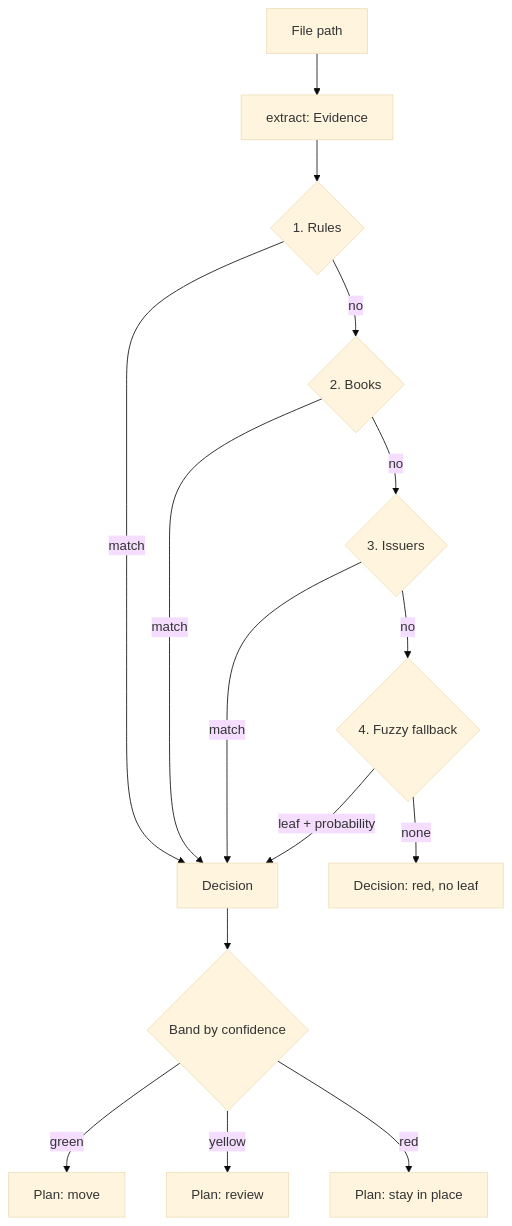
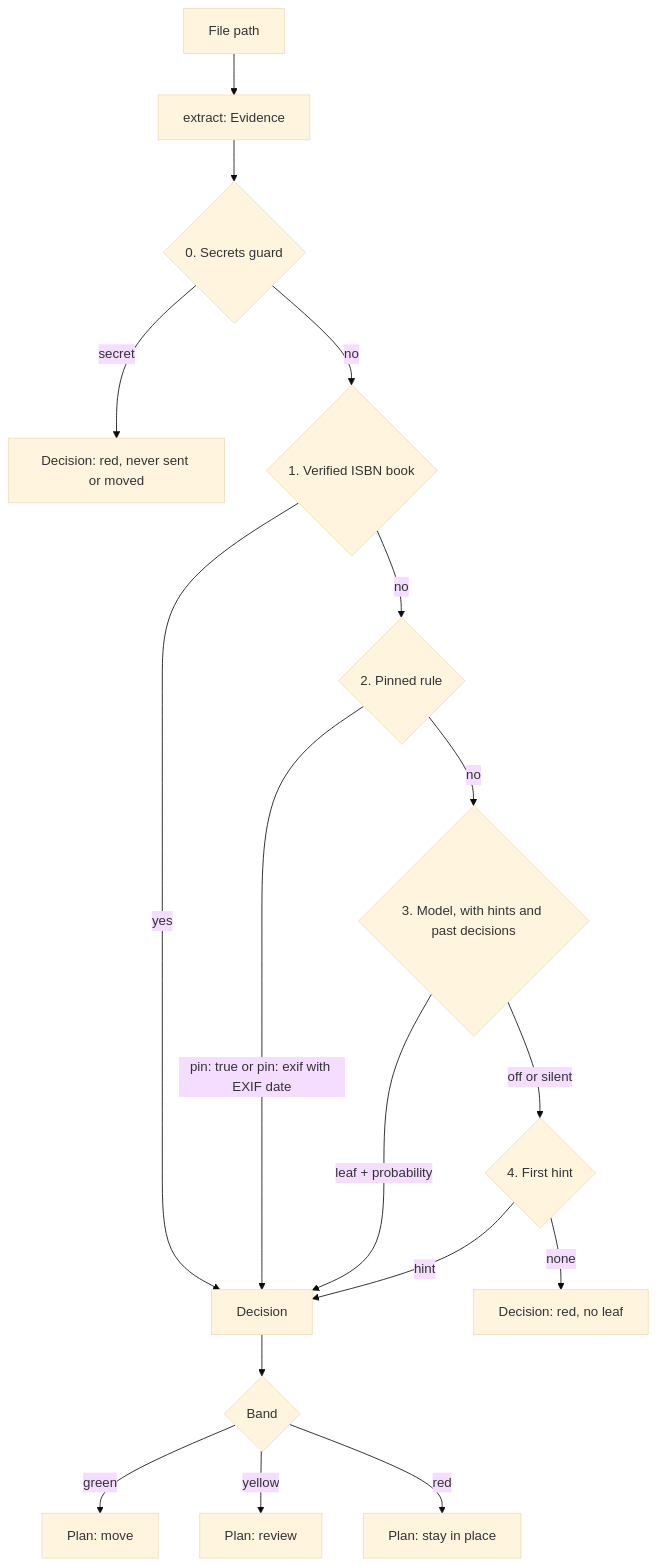
The diagram in docs/superpowers/specs/2026-10-10-para-files-redesign-design.md (fjacquet/para-files), drawn with Mermaid (base theme) before and after one commit. The commit also changed other lines of this file and 9 other files, not shown here.

First line of the commit message:
docs: ADR-014 model first; spec, README, CLAUDE.md, guides

````diff
--- a/docs/superpowers/specs/2026-10-10-para-files-redesign-design.md
+++ b/docs/superpowers/specs/2026-10-10-para-files-redesign-design.md
@@ -295,17 +295,19 @@
 ```mermaid
 flowchart TD
     F[File path] --> E[extract: Evidence]
-    E --> R{1. Rules}
-    R -- match --> D[Decision]
-    R -- no --> B{2. Books}
-    B -- match --> D
-    B -- no --> I{3. Issuers}
-    I -- match --> D
-    I -- no --> Z{4. Fuzzy fallback}
-    Z -- leaf + probability --> D
-    Z -- none --> D0[Decision: red, no leaf]
-    D --> BAND{Band by confidence}
+    E --> SG{0. Secrets guard}
+    SG -- secret --> DS[Decision: red, never sent or moved]
+    SG -- no --> B{1. Verified ISBN book}
+    B -- yes --> D[Decision]
+    B -- no --> R{2. Pinned rule}
+    R -- pin: true or pin: exif with EXIF date --> D
+    R -- no --> M{3. Model, with hints and past decisions}
+    M -- leaf + probability --> D
+    M -- off or silent --> H{4. First hint}
+    H -- hint --> D
+    H -- none --> D0[Decision: red, no leaf]
+    D --> BAND{Band}
     BAND -- green --> P[Plan: move]
     BAND -- yellow --> Q[Plan: review]
     BAND -- red --> S[Plan: stay in place]
 ```
````
